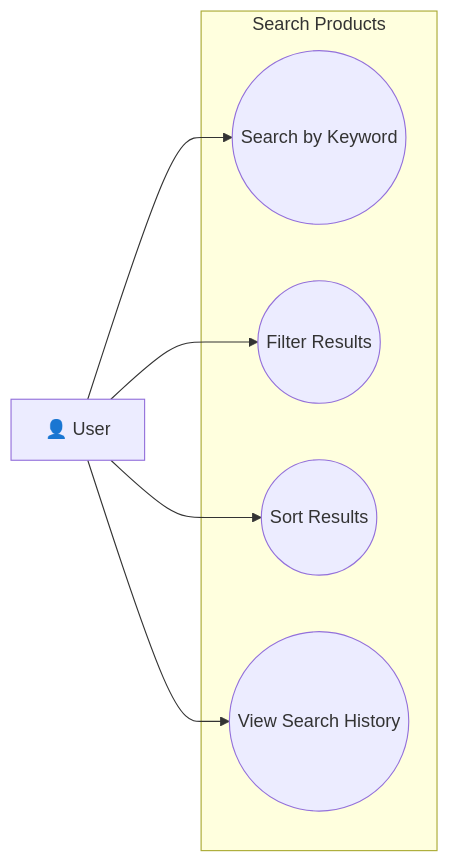
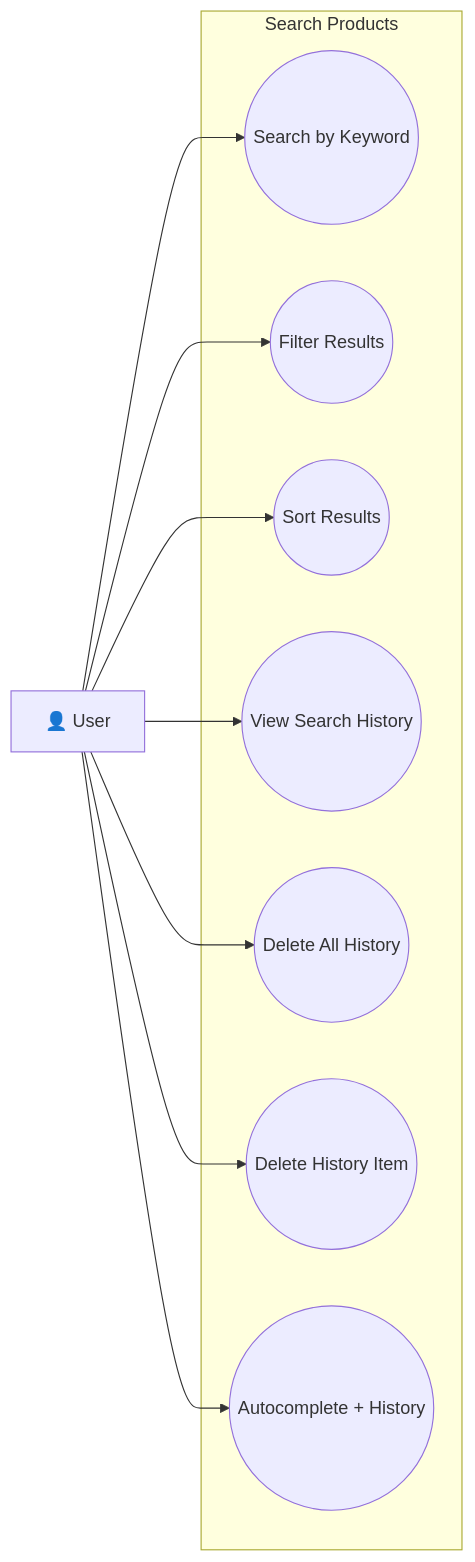
Diagram 15 of 19 in documents/usecase_diagrams/USECASE_SPECIFICATION_USER.md (ThuanNgcodelor/VibeX-E-Commerce), drawn with Mermaid before and after one commit. The commit also changed other lines of this file and 19 other files, not shown here.

````diff
--- a/documents/usecase_diagrams/USECASE_SPECIFICATION_USER.md
+++ b/documents/usecase_diagrams/USECASE_SPECIFICATION_USER.md
@@ -785,14 +785,20 @@
 ```mermaid
 graph LR
     USER[👤 User]
     subgraph "Search Products"
         UC1((Search by Keyword))
         UC2((Filter Results))
         UC3((Sort Results))
         UC4((View Search History))
+        UC5((Delete All History))
+        UC6((Delete History Item))
+        UC7((Autocomplete + History))
     end
     USER --> UC1
     USER --> UC2
     USER --> UC3
     USER --> UC4
+    USER --> UC5
+    USER --> UC6
+    USER --> UC7
 ```
````
